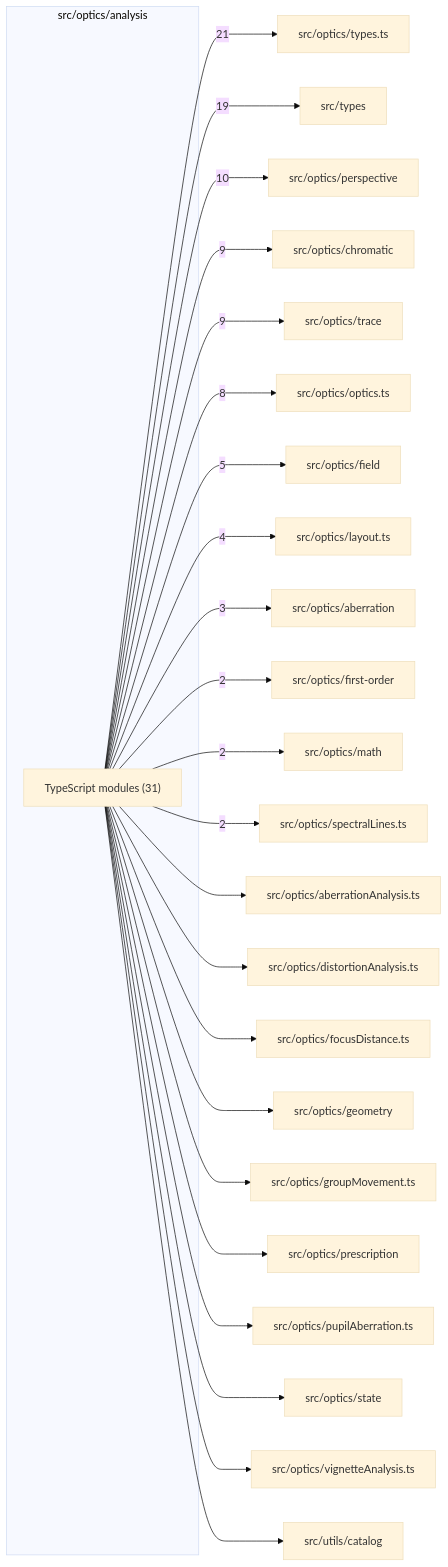
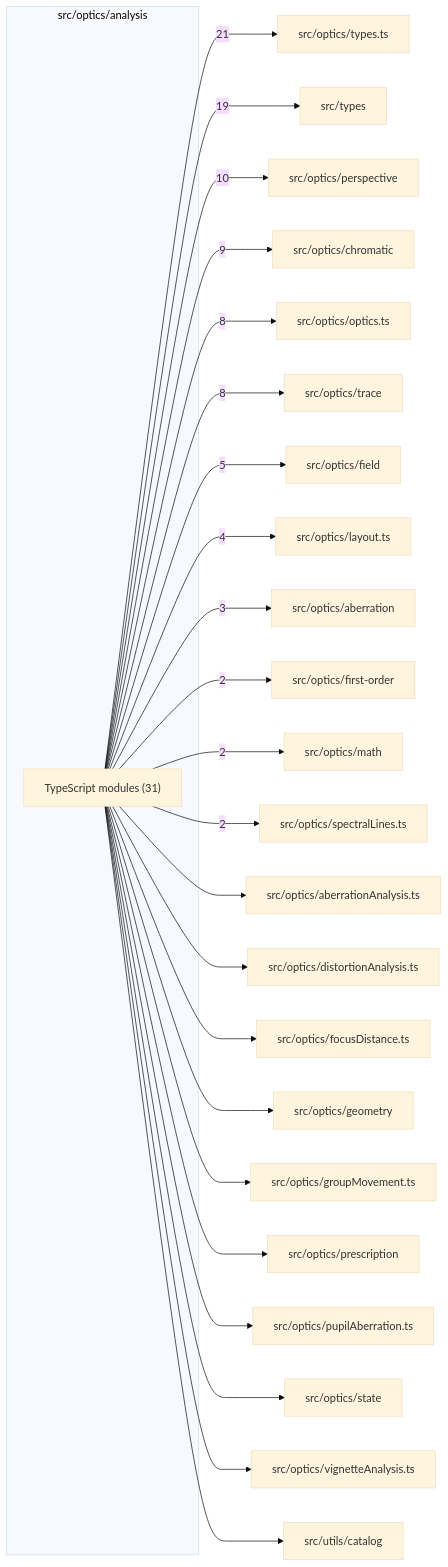
The diagram in src/optics/analysis/readme.md (BeamFour/LensVisualizer), drawn with Mermaid (base theme) before and after one commit. The commit also changed other lines of this file and 36 other files, not shown here.

````diff
--- a/src/optics/analysis/readme.md
+++ b/src/optics/analysis/readme.md
@@ -9,50 +9,50 @@
 ```mermaid
 flowchart LR
   subgraph n_src_optics_analysis["src/optics/analysis"]
     n_src_optics_analysis_TypeScript_modules["TypeScript modules (31)"]
   end
   n_external_src_optics_types_ts["src/optics/types.ts"]
   n_external_src_types["src/types"]
   n_external_src_optics_perspective["src/optics/perspective"]
   n_external_src_optics_chromatic["src/optics/chromatic"]
+  n_external_src_optics_optics_ts["src/optics/optics.ts"]
   n_external_src_optics_trace["src/optics/trace"]
-  n_external_src_optics_optics_ts["src/optics/optics.ts"]
   n_external_src_optics_field["src/optics/field"]
   n_external_src_optics_layout_ts["src/optics/layout.ts"]
   n_external_src_optics_aberration["src/optics/aberration"]
   n_external_src_optics_first_order["src/optics/first-order"]
   n_external_src_optics_math["src/optics/math"]
   n_external_src_optics_spectralLines_ts["src/optics/spectralLines.ts"]
   n_external_src_optics_aberrationAnalysis_ts["src/optics/aberrationAnalysis.ts"]
   n_external_src_optics_distortionAnalysis_ts["src/optics/distortionAnalysis.ts"]
   n_external_src_optics_focusDistance_ts["src/optics/focusDistance.ts"]
   n_external_src_optics_geometry["src/optics/geometry"]
   n_external_src_optics_groupMovement_ts["src/optics/groupMovement.ts"]
   n_external_src_optics_prescription["src/optics/prescription"]
   n_external_src_optics_pupilAberration_ts["src/optics/pupilAberration.ts"]
   n_external_src_optics_state["src/optics/state"]
   n_external_src_optics_vignetteAnalysis_ts["src/optics/vignetteAnalysis.ts"]
   n_external_src_utils_catalog["src/utils/catalog"]
   n_src_optics_analysis_TypeScript_modules --> |21| n_external_src_optics_types_ts
   n_src_optics_analysis_TypeScript_modules --> |19| n_external_src_types
   n_src_optics_analysis_TypeScript_modules --> |10| n_external_src_optics_perspective
   n_src_optics_analysis_TypeScript_modules --> |9| n_external_src_optics_chromatic
-  n_src_optics_analysis_TypeScript_modules --> |9| n_external_src_optics_trace
   n_src_optics_analysis_TypeScript_modules --> |8| n_external_src_optics_optics_ts
+  n_src_optics_analysis_TypeScript_modules --> |8| n_external_src_optics_trace
   n_src_optics_analysis_TypeScript_modules --> |5| n_external_src_optics_field
   n_src_optics_analysis_TypeScript_modules --> |4| n_external_src_optics_layout_ts
   n_src_optics_analysis_TypeScript_modules --> |3| n_external_src_optics_aberration
   n_src_optics_analysis_TypeScript_modules --> |2| n_external_src_optics_first_order
   n_src_optics_analysis_TypeScript_modules --> |2| n_external_src_optics_math
   n_src_optics_analysis_TypeScript_modules --> |2| n_external_src_optics_spectralLines_ts
   n_src_optics_analysis_TypeScript_modules --> n_external_src_optics_aberrationAnalysis_ts
   n_src_optics_analysis_TypeScript_modules --> n_external_src_optics_distortionAnalysis_ts
   n_src_optics_analysis_TypeScript_modules --> n_external_src_optics_focusDistance_ts
   n_src_optics_analysis_TypeScript_modules --> n_external_src_optics_geometry
   n_src_optics_analysis_TypeScript_modules --> n_external_src_optics_groupMovement_ts
   n_src_optics_analysis_TypeScript_modules --> n_external_src_optics_prescription
   n_src_optics_analysis_TypeScript_modules --> n_external_src_optics_pupilAberration_ts
   n_src_optics_analysis_TypeScript_modules --> n_external_src_optics_state
   n_src_optics_analysis_TypeScript_modules --> n_external_src_optics_vignetteAnalysis_ts
   n_src_optics_analysis_TypeScript_modules --> n_external_src_utils_catalog
 ```
````
